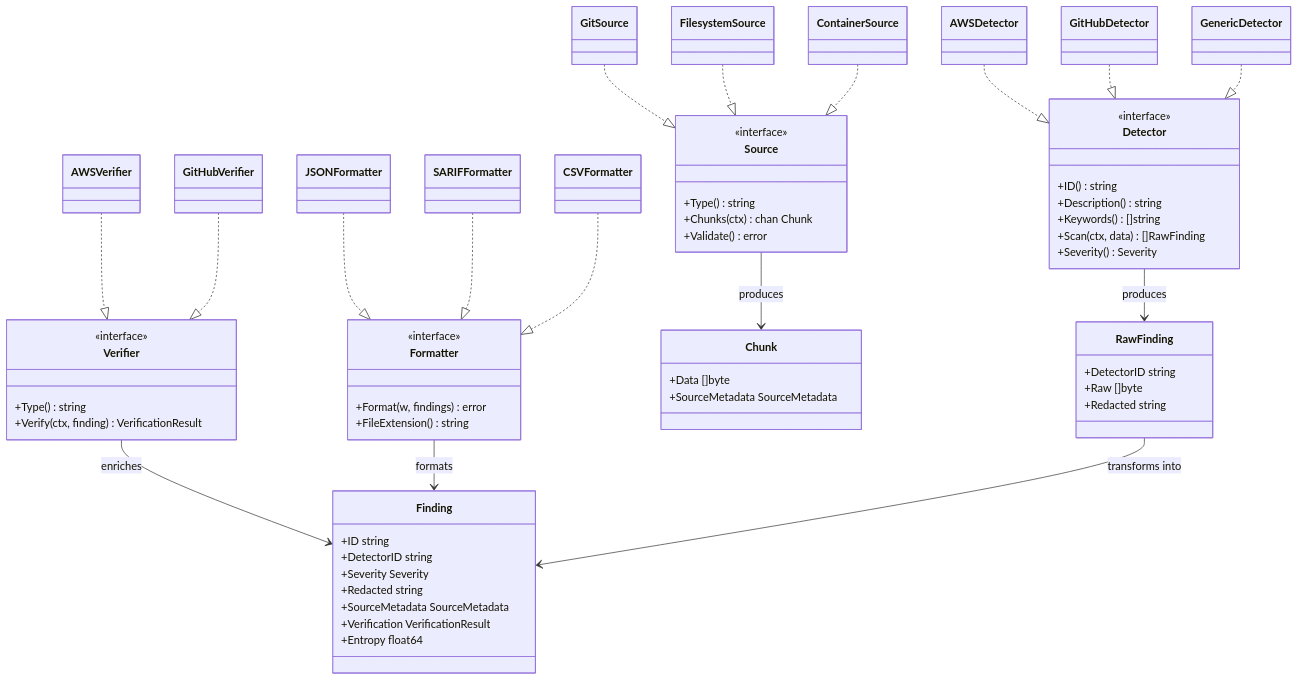
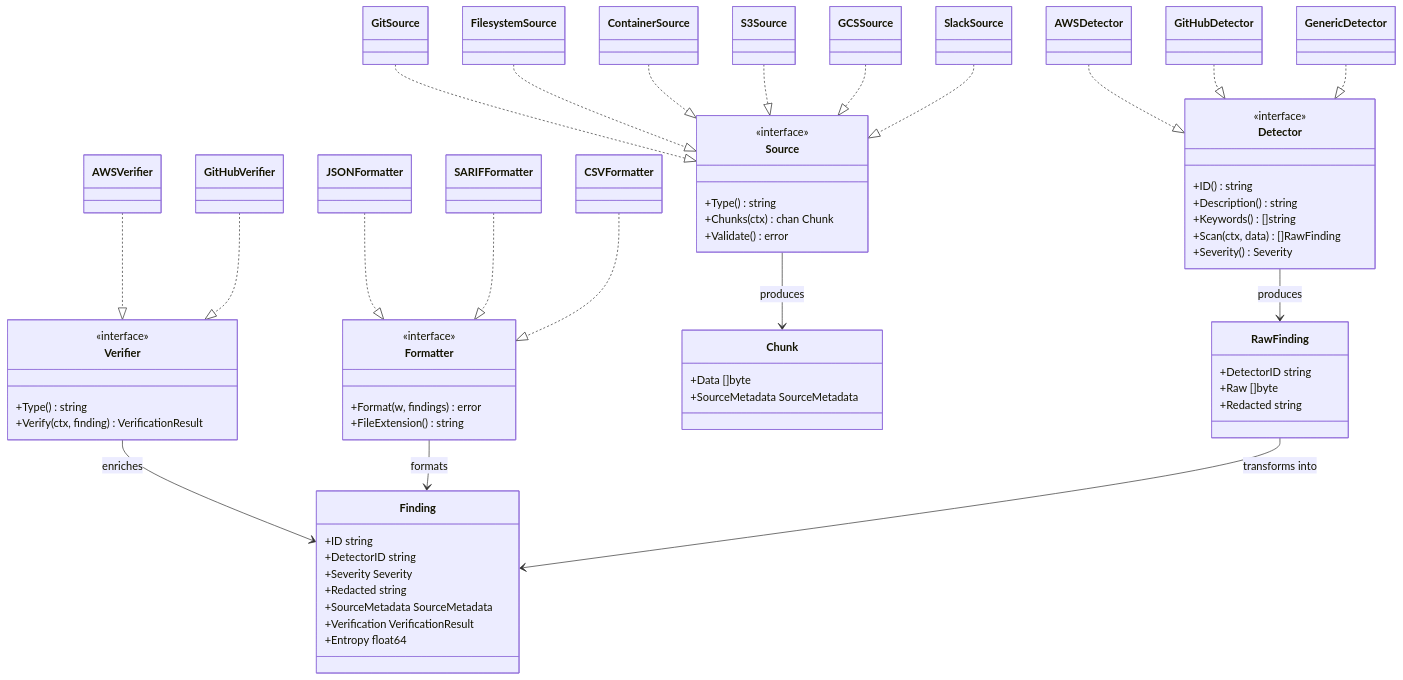
The second of 8 diagrams in docs/architecture/03-ARCHITECTURE.md (actions-marketplace-validations/HodeTech_Leakwatch), drawn with Mermaid before and after one commit. The commit also changed other lines of this file and 7 other files, not shown here.

````diff
--- a/docs/architecture/03-ARCHITECTURE.md
+++ b/docs/architecture/03-ARCHITECTURE.md
@@ -56,72 +58,75 @@
 ```mermaid
 classDiagram
     class Source {
         <<interface>>
         +Type() string
         +Chunks(ctx) chan Chunk
         +Validate() error
     }
 
     class Detector {
         <<interface>>
         +ID() string
         +Description() string
         +Keywords() []string
         +Scan(ctx, data) []RawFinding
         +Severity() Severity
     }
 
     class Verifier {
         <<interface>>
         +Type() string
         +Verify(ctx, finding) VerificationResult
     }
 
     class Formatter {
         <<interface>>
         +Format(w, findings) error
         +FileExtension() string
     }
 
     class Chunk {
         +Data []byte
         +SourceMetadata SourceMetadata
     }
 
     class RawFinding {
         +DetectorID string
         +Raw []byte
         +Redacted string
     }
 
     class Finding {
         +ID string
         +DetectorID string
         +Severity Severity
         +Redacted string
         +SourceMetadata SourceMetadata
         +Verification VerificationResult
         +Entropy float64
     }
 
     Source --> Chunk : produces
     Detector --> RawFinding : produces
     Verifier --> Finding : enriches
     Formatter --> Finding : formats
     RawFinding --> Finding : transforms into
 
     GitSource ..|> Source
     FilesystemSource ..|> Source
     ContainerSource ..|> Source
+    S3Source ..|> Source
+    GCSSource ..|> Source
+    SlackSource ..|> Source
 
     AWSDetector ..|> Detector
     GitHubDetector ..|> Detector
     GenericDetector ..|> Detector
 
     AWSVerifier ..|> Verifier
     GitHubVerifier ..|> Verifier
 
     JSONFormatter ..|> Formatter
     SARIFFormatter ..|> Formatter
     CSVFormatter ..|> Formatter
 ```
````
